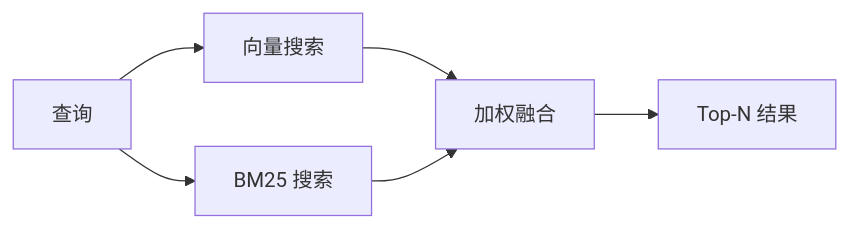
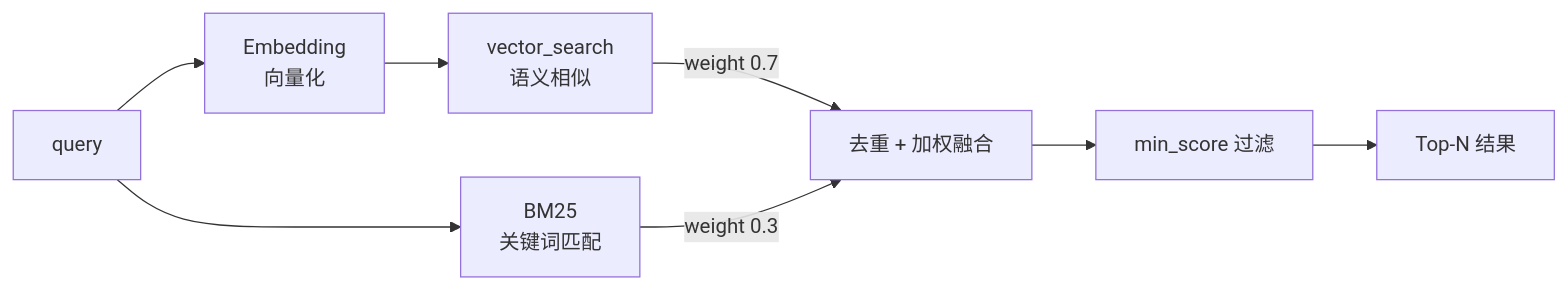
The sixth of 9 diagrams in README_ZH.md (agentscope-ai/ReMe), drawn with Mermaid before and after one commit. The commit also changed other lines of this file, not shown here.

Commit message:
docs(readme): update Chinese documentation with enhanced memory management diagrams

````diff
--- a/README_ZH.md
+++ b/README_ZH.md
@@ -276,8 +282,10 @@
 ```mermaid
 graph LR
-    Q[查询] --> V[向量搜索]
-    Q --> B[BM25 搜索]
-    V --> M[加权融合]
-    B --> M
-    M --> R[Top-N 结果]
+    Q[query] --> E[Embedding<br>向量化]
+    E --> V[vector_search<br>语义相似]
+    Q --> B[BM25<br>关键词匹配]
+    V -->|weight 0.7| M[去重 + 加权融合]
+    B -->|weight 0.3| M
+    M --> F[min_score 过滤]
+    F --> R[Top-N 结果]
 ```
````
